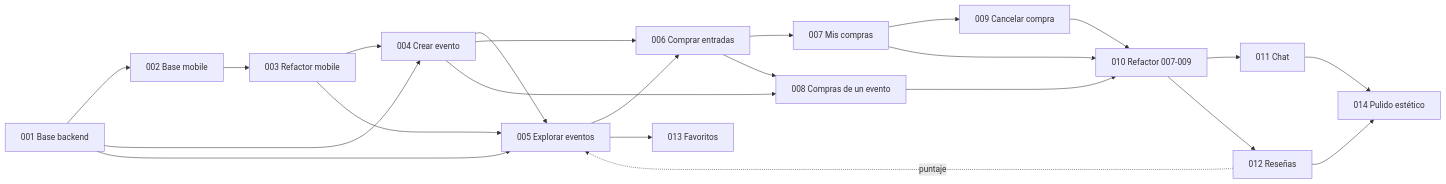
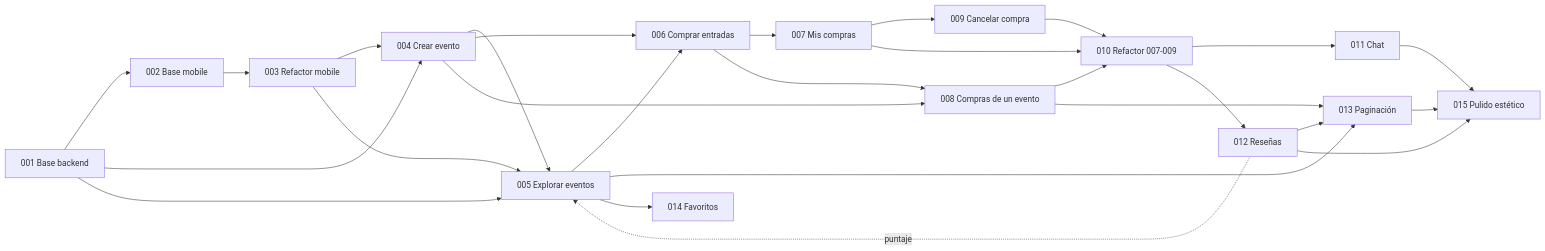
One commit to bdasilvabarata/ai-ticket-it changed the diagram in docs/backlog.md. Above: the diagram before and after it, drawn with Mermaid. The commit also changed other lines of this file and 1 other file, not shown here.

Commit message:
docs(backlog): la 013 pasa a ser Paginación; Favoritos es la 014 y Pulido estético la 015

````diff
--- a/docs/backlog.md
+++ b/docs/backlog.md
@@ -39,25 +40,29 @@
 ```mermaid
 graph LR
   F001[001 Base backend] --> F002[002 Base mobile]
   F002 --> F003[003 Refactor mobile]
   F001 --> F004[004 Crear evento]
   F003 --> F004
   F001 --> F005[005 Explorar eventos]
   F003 --> F005
   F004 --> F005
   F004 --> F006[006 Comprar entradas]
   F005 --> F006
   F006 --> F007[007 Mis compras]
   F004 --> F008[008 Compras de un evento]
   F006 --> F008
   F007 --> F009[009 Cancelar compra]
   F007 --> F010[010 Refactor 007-009]
   F008 --> F010
   F009 --> F010
   F010 --> F011[011 Chat]
   F010 --> F012[012 Reseñas]
   F012 -. puntaje .-> F005
-  F005 --> F013[013 Favoritos]
-  F011 --> F014[014 Pulido estético]
-  F012 --> F014
+  F005 --> F013[013 Paginación]
+  F008 --> F013
+  F012 --> F013
+  F005 --> F014[014 Favoritos]
+  F011 --> F015[015 Pulido estético]
+  F012 --> F015
+  F013 --> F015
 ```
````
